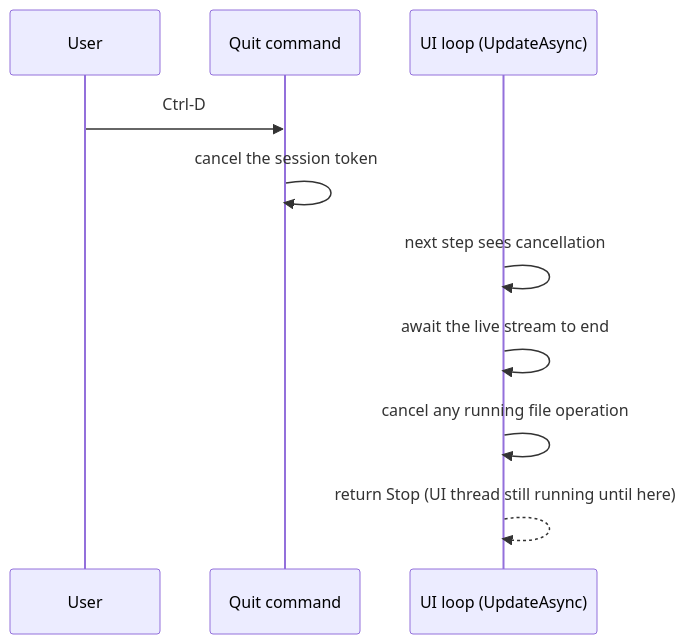
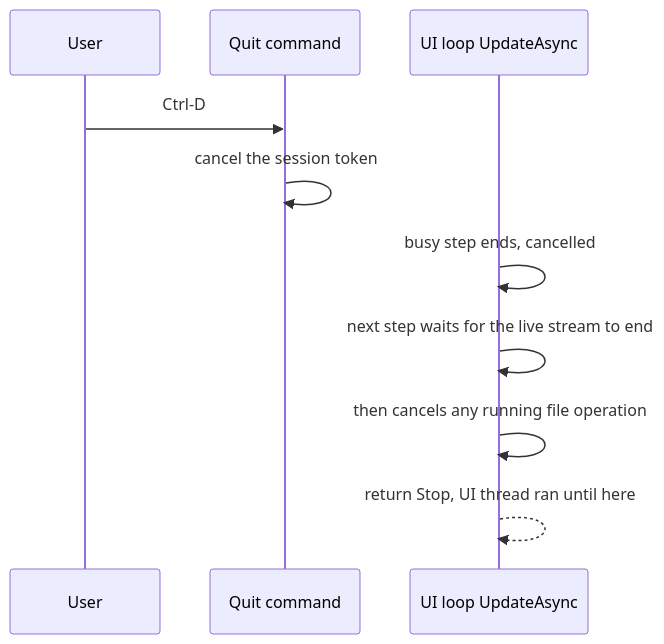
One commit to katasec/mission-control-language changed diagram 16 of 23 in docs/design/how-conversations-work.md. Above: the diagram before and after it, drawn with Mermaid. The commit also changed other lines of this file and 2 other files, not shown here.

````diff
--- a/docs/design/how-conversations-work.md
+++ b/docs/design/how-conversations-work.md
@@ -406,12 +445,12 @@
 ```mermaid
 sequenceDiagram
   participant U as User
   participant Q as Quit command
-  participant L as UI loop (UpdateAsync)
+  participant L as UI loop UpdateAsync
   U->>Q: Ctrl-D
   Q->>Q: cancel the session token
-  L->>L: next step sees cancellation
-  L->>L: await the live stream to end
-  L->>L: cancel any running file operation
-  L-->>L: return Stop (UI thread still running until here)
+  L->>L: busy step ends, cancelled
+  L->>L: next step waits for the live stream to end
+  L->>L: then cancels any running file operation
+  L-->>L: return Stop, UI thread ran until here
 ```
````
